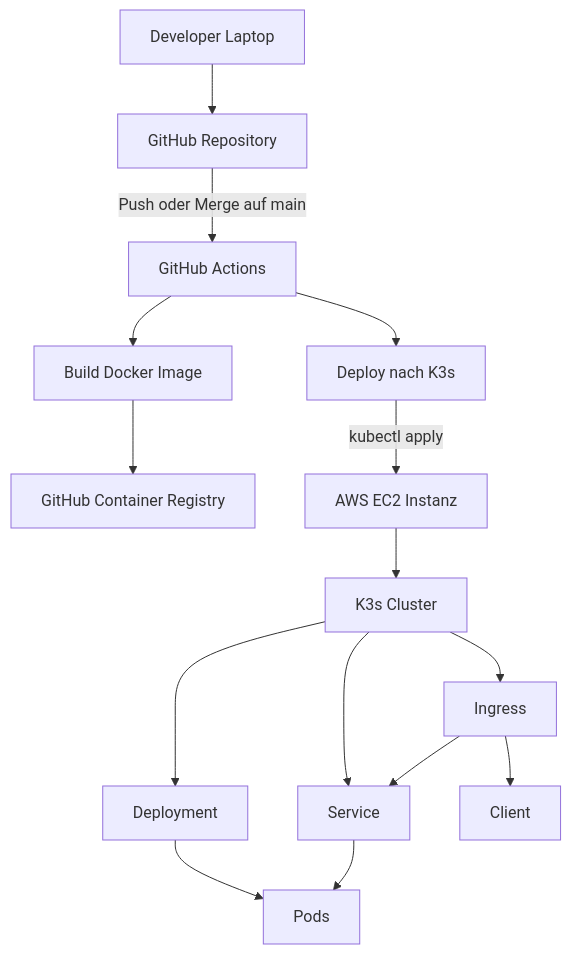
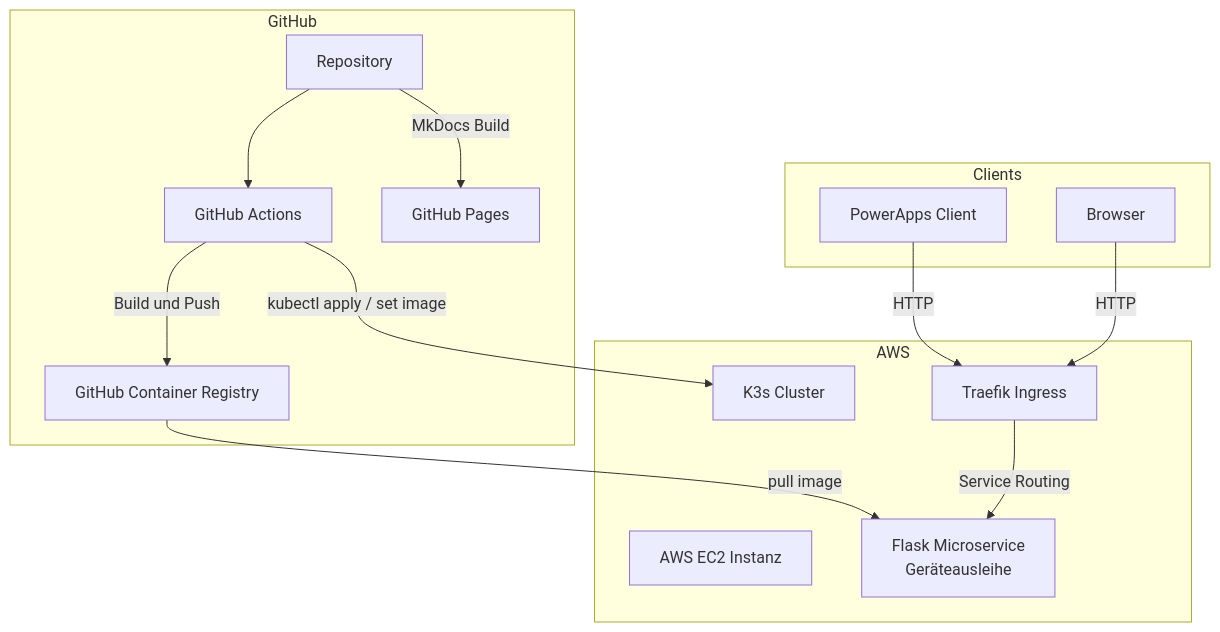
The diagram in docs/architektur.md (Cancani/geraeteausleihe-sem4), drawn with Mermaid before and after one commit. The commit also changed other lines of this file and 8 other files, not shown here.

````diff
--- a/docs/architektur.md
+++ b/docs/architektur.md
@@ -34,17 +5,32 @@
 ```mermaid
 flowchart TD
-  Dev[Developer Laptop] --> Repo[GitHub Repository]
-  Repo -->|Push oder Merge auf main| Actions[GitHub Actions]
-  Actions --> Build[Build Docker Image]
-  Build --> GHCR[GitHub Container Registry]
-  Actions --> Deploy[Deploy nach K3s]
-  Deploy -->|kubectl apply| EC2[AWS EC2 Instanz]
-  EC2 --> K3s[K3s Cluster]
-  K3s --> DEP[Deployment]
-  DEP --> PODS[Pods]
-  K3s --> SVC[Service]
-  K3s --> ING[Ingress]
-  ING --> Users[Client]
-  ING --> SVC
-  SVC --> PODS
+  subgraph Clients
+    PA[PowerApps Client]
+    BR[Browser]
+  end
+
+  subgraph GitHub
+    REPO[Repository]
+    ACT[GitHub Actions]
+    GHCR[GitHub Container Registry]
+    PAGES[GitHub Pages]
+  end
+
+  subgraph AWS
+    EC2[AWS EC2 Instanz]
+    K3S[K3s Cluster]
+    TRF[Traefik Ingress]
+    SVC[Flask Microservice\nGeräteausleihe]
+  end
+
+  PA -->|HTTP| TRF
+  BR -->|HTTP| TRF
+  TRF -->|Service Routing| SVC
+
+  REPO --> ACT
+  ACT -->|Build und Push| GHCR
+  ACT -->|kubectl apply / set image| K3S
+  GHCR -->|pull image| SVC
+
+  REPO -->|MkDocs Build| PAGES
 ```
````
